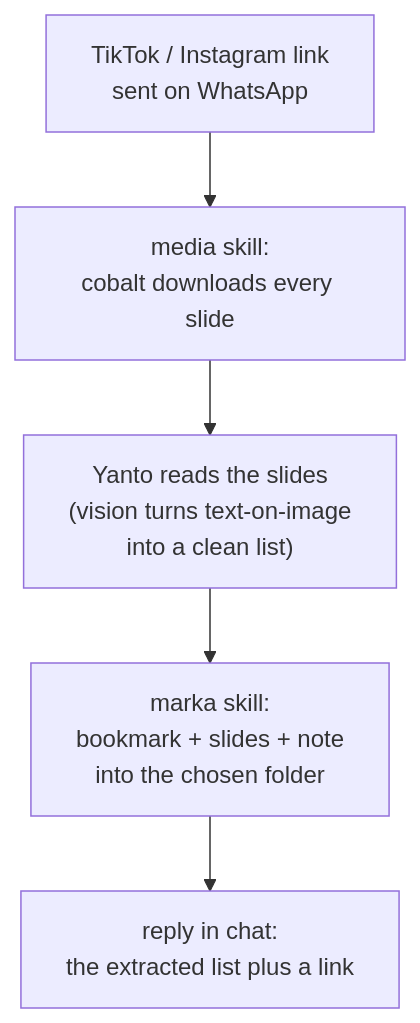
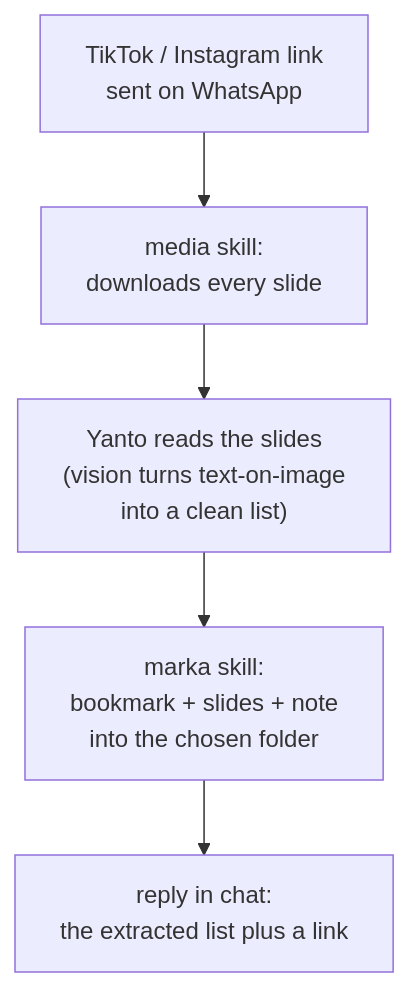
Before and after one commit to absolutepraya/blog: the third of 5 diagrams in content/posts/hermes-agent-setup.md, drawn with Mermaid. The commit also changed other lines of this file and 2 other files, not shown here.

````diff
--- a/content/posts/hermes-agent-setup.md
+++ b/content/posts/hermes-agent-setup.md
@@ -133,8 +133,8 @@
 ```mermaid
 graph TD
     Link["TikTok / Instagram link<br>sent on WhatsApp"]
-    Link --> Media["media skill:<br>cobalt downloads every slide"]
+    Link --> Media["media skill:<br>downloads every slide"]
     Media --> Read["Yanto reads the slides<br>(vision turns text-on-image<br>into a clean list)"]
     Read --> Save["marka skill:<br>bookmark + slides + note<br>into the chosen folder"]
     Save --> Reply["reply in chat:<br>the extracted list plus a link"]
 ```
````
